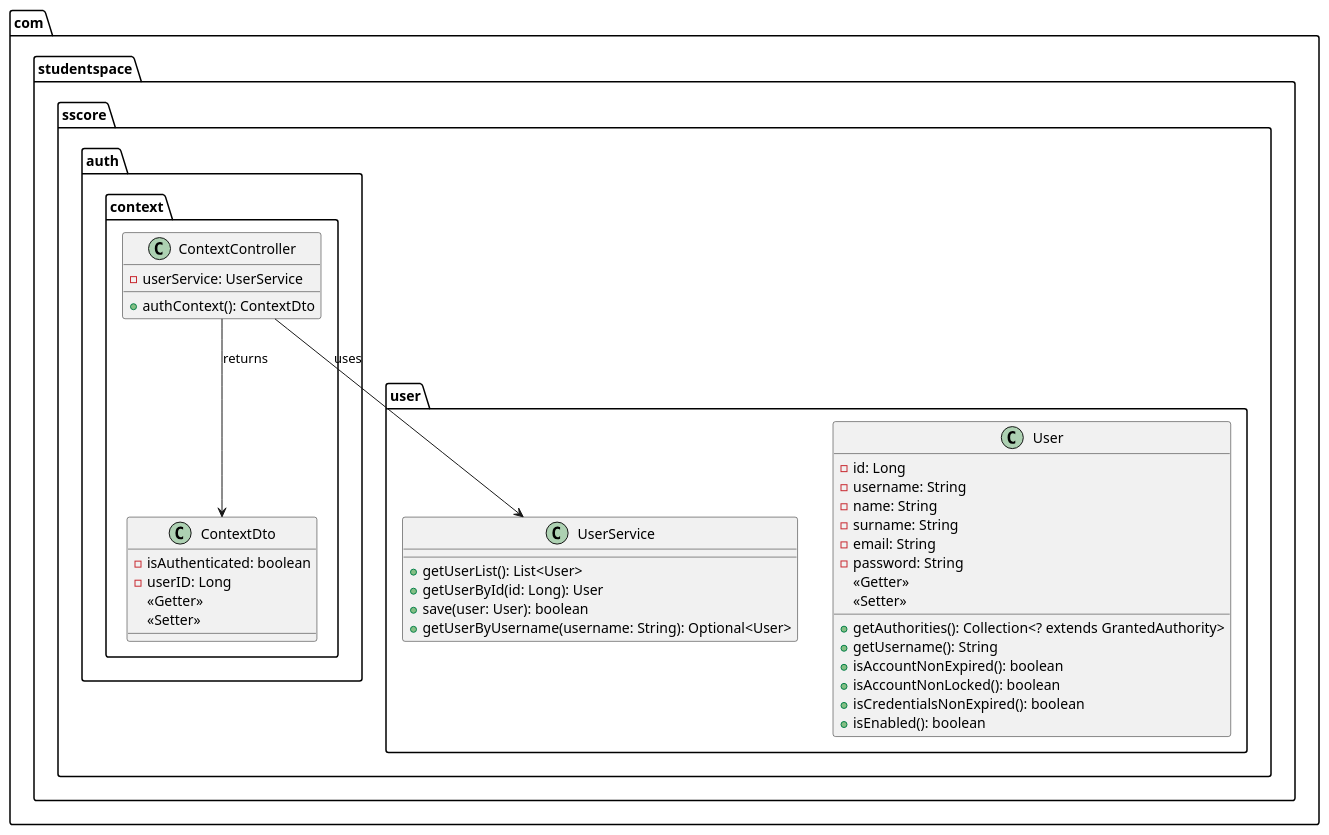
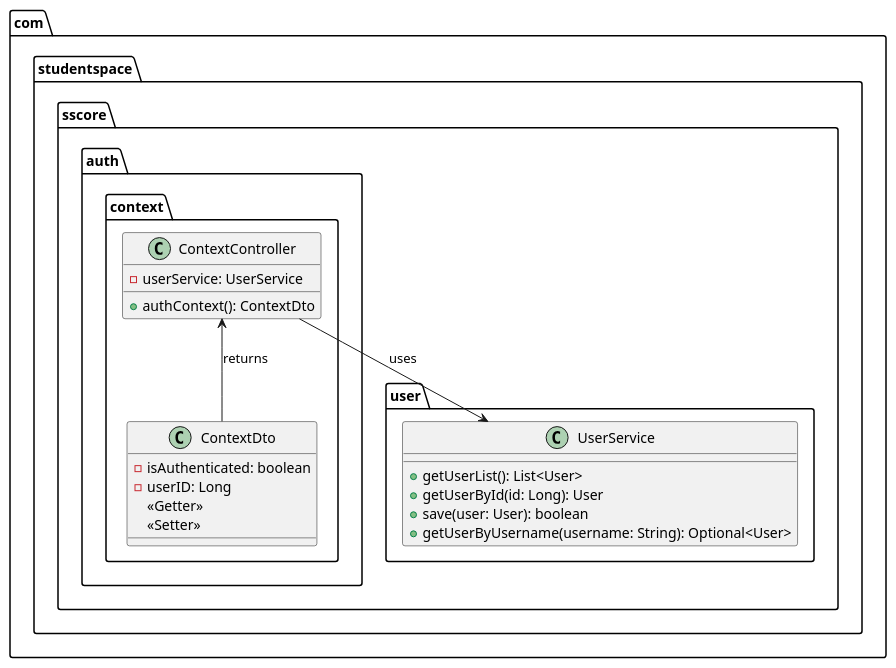
One commit to marcoslafoz/sscore changed the diagram in src/main/java/com/studentspace/sscore/auth/context/Context.puml. Above: the diagram before and after it, drawn with PlantUML. The commit also changed 5 other files, not shown here.

Commit message:
docs: :memo: UML Diagrams updated

```diff
--- a/src/main/java/com/studentspace/sscore/auth/context/Context.puml
+++ b/src/main/java/com/studentspace/sscore/auth/context/Context.puml
@@ -1,45 +1,28 @@
 @startuml
 
 package "com.studentspace.sscore.auth.context" {
     class ContextController {
         - userService: UserService
         + authContext(): ContextDto
     }
 
     class ContextDto {
         - isAuthenticated: boolean
         - userID: Long
         <<Getter>>
         <<Setter>>
     }
 }
 
 package "com.studentspace.sscore.user" {
-    class User {
-        - id: Long
-        - username: String
-        - name: String
-        - surname: String
-        - email: String
-        - password: String
-        <<Getter>>
-        <<Setter>>
-        + getAuthorities(): Collection<? extends GrantedAuthority>
-        + getUsername(): String
-        + isAccountNonExpired(): boolean
-        + isAccountNonLocked(): boolean
-        + isCredentialsNonExpired(): boolean
-        + isEnabled(): boolean
-    }
-
     class UserService {
         + getUserList(): List<User>
         + getUserById(id: Long): User
         + save(user: User): boolean
         + getUserByUsername(username: String): Optional<User>
     }
 }
 
 ContextController --> UserService : uses
-ContextController --> ContextDto : returns
+ContextController <-- ContextDto : returns
 @enduml
```
